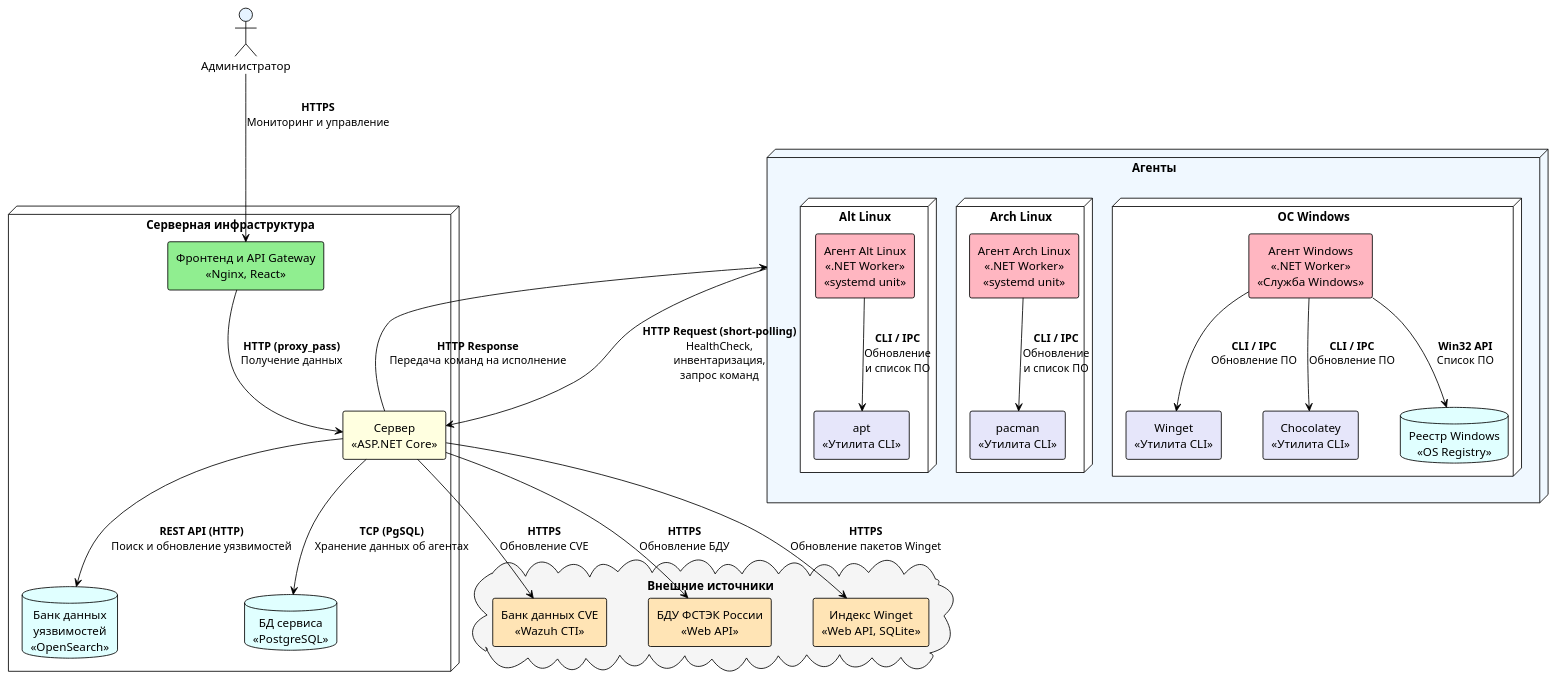
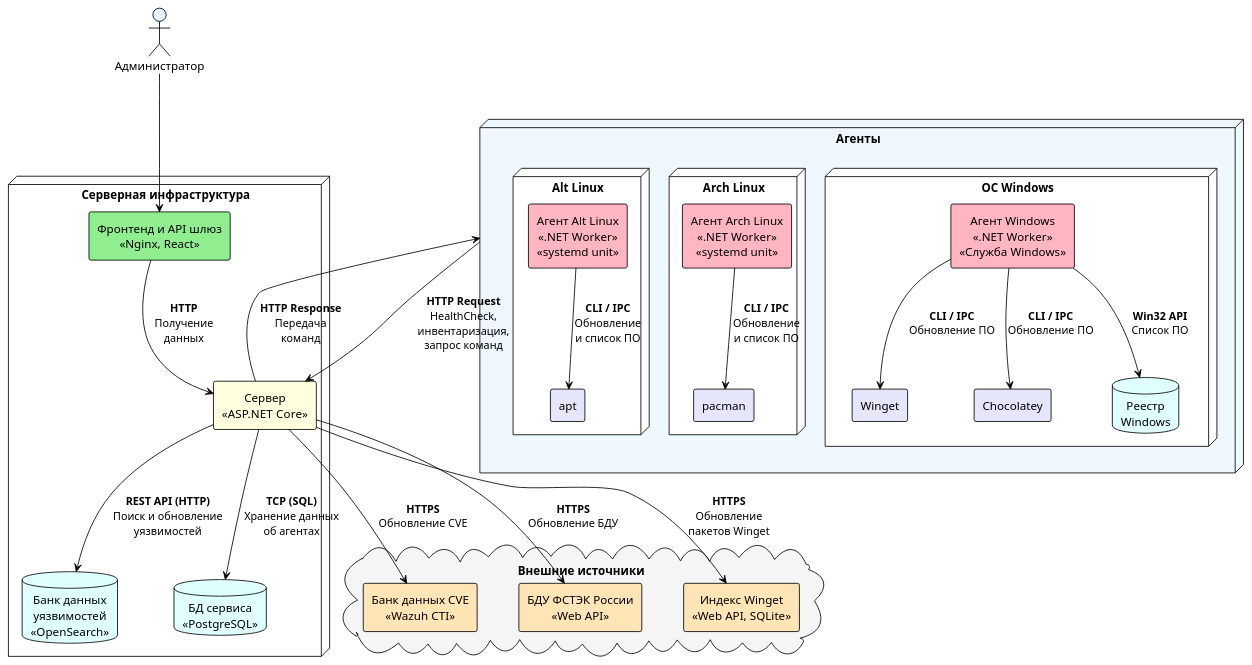
The diagram in doc/arch.plantuml (amai-brat/scanvul), drawn with PlantUML before and after one commit.

Commit message:
[fix] architecture diagram

```diff
--- a/doc/arch.plantuml
+++ b/doc/arch.plantuml
@@ -1,69 +1,64 @@
 @startuml
 !theme plain
 skinparam componentStyle rectangle
 skinparam defaultTextAlignment center
 skinparam nodesep 50
 skinparam ranksep 60
 
-' ----- Определение цветов и стилей -----
 actor "Администратор" as Admin #E6F3FF
 
 node "Серверная инфраструктура" as ServerInfra {
-    component "Фронтенд и API Gateway\n<<Nginx, React>>" as Nginx #LightGreen
+    component "Фронтенд и API шлюз\n<<Nginx, React>>" as Nginx #LightGreen
     component "Сервер\n<<ASP.NET Core>>" as Server #LightYellow
     
     database "Банк данных\nуязвимостей\n<<OpenSearch>>" as OpenSearch #LightCyan
     database "БД сервиса\n<<PostgreSQL>>" as Postgres #LightCyan
 }
 
 cloud "Внешние источники" as CTI #WhiteSmoke {
     component "Банк данных CVE\n<<Wazuh CTI>>" as Wazuh #FFE4B5
     component "БДУ ФСТЭК России\n<<Web API>>" as FSTEC #FFE4B5
     component "Индекс Winget\n<<Web API, SQLite>>" as WingetIndex #FFE4B5
 }
 
 node "Агенты" as AgentsGroup #F0F8FF {
     
     node "ОС Windows" {
         component "Агент Windows\n<<.NET Worker>>\n<<Служба Windows>>" as AgWin #LightPink
-        component "Winget\n<<Утилита CLI>>" as Winget #E6E6FA
-        component "Chocolatey\n<<Утилита CLI>>" as Choco #E6E6FA
-        database "Реестр Windows\n<<OS Registry>>" as WinReg #LightCyan
+        component "Winget" as Winget #E6E6FA
+        component "Chocolatey" as Choco #E6E6FA
+        database "Реестр\nWindows" as WinReg #LightCyan
     }
     
     node "Arch Linux" {
         component "Агент Arch Linux\n<<.NET Worker>>\n<<systemd unit>>" as AgArch #LightPink
-        component "pacman\n<<Утилита CLI>>" as Pacman #E6E6FA
+        component "pacman" as Pacman #E6E6FA
     }
     
     node "Alt Linux" {
         component "Агент Alt Linux\n<<.NET Worker>>\n<<systemd unit>>" as AgAlt #LightPink
-        component "apt\n<<Утилита CLI>>" as Rpm #E6E6FA
+        component "apt" as Rpm #E6E6FA
     }
 }
 
-' ----- Связи (Внешние и серверные) -----
-Admin --> Nginx : **HTTPS**\nМониторинг и управление
-Nginx --> Server : **HTTP (proxy_pass)**\nПолучение данных
+Admin --> Nginx
+Nginx --> Server : **HTTP**\nПолучение\nданных
 
-Server --> OpenSearch : **REST API (HTTP)**\nПоиск и обновление уязвимостей
-Server --> Postgres : **TCP (PgSQL)**\nХранение данных об агентах
+Server --> OpenSearch : **REST API (HTTP)**\nПоиск и обновление\nуязвимостей
+Server --> Postgres : **TCP (SQL)**\nХранение данных\nоб агентах
 
 Server --> Wazuh : **HTTPS**\nОбновление CVE
 Server --> FSTEC : **HTTPS**\nОбновление БДУ
-Server --> WingetIndex : **HTTPS**\nОбновление пакетов Winget
+Server --> WingetIndex : **HTTPS**\nОбновление\nпакетов Winget
 
-' ----- Связи: Сервер <-> Агенты -----
-' Используем две линии для наглядности request/response при short-polling
-AgentsGroup --> Server : **HTTP Request (short-polling)**\nHealthCheck,\nинвентаризация,\nзапрос команд
-Server -r-> AgentsGroup : **HTTP Response**\nПередача команд на исполнение
+AgentsGroup --> Server : **HTTP Request**\nHealthCheck,\nинвентаризация,\nзапрос команд
+Server -r-> AgentsGroup : **HTTP Response**\nПередача\nкоманд
 
-' ----- Связи: Обновление ПО -----
 AgWin --> Winget : **CLI / IPC**\nОбновление ПО
 AgWin --> Choco : **CLI / IPC**\nОбновление ПО
 AgWin --> WinReg : **Win32 API**\nСписок ПО
 
 AgArch --> Pacman : **CLI / IPC**\nОбновление\nи список ПО
 
 AgAlt --> Rpm : **CLI / IPC**\nОбновление\nи список ПО
 @enduml
```
